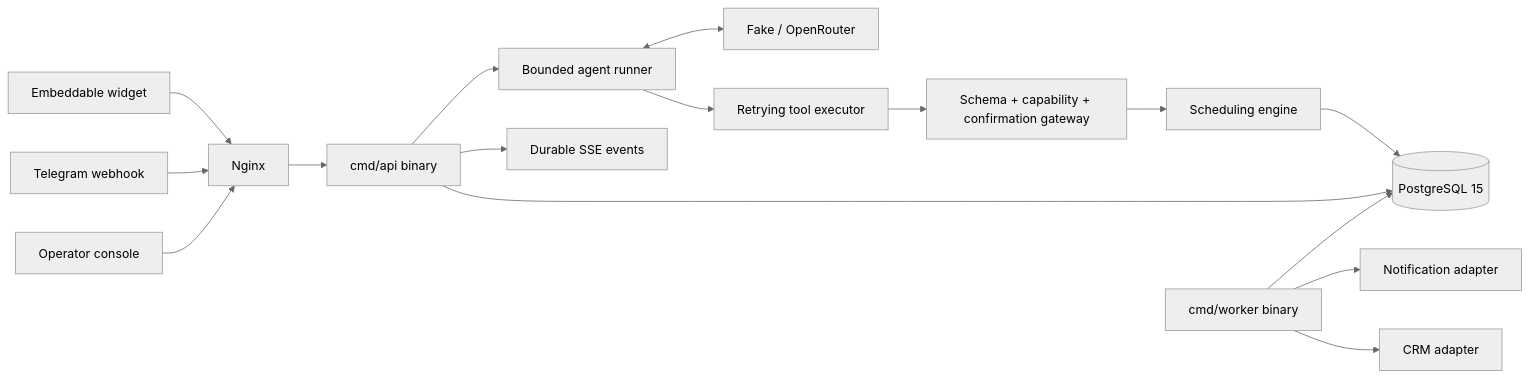
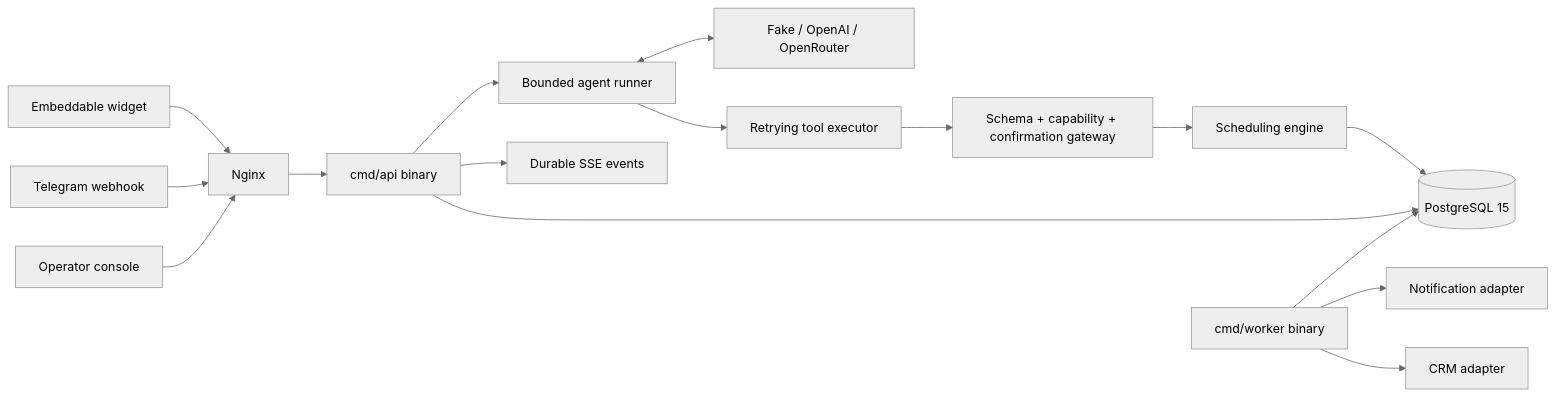
One commit to reinh2/Kontor changed the diagram in docs/architecture.md. Above: the diagram before and after it, drawn with Mermaid (neutral theme). The commit also changed other lines of this file and 27 other files, not shown here.

````diff
--- a/docs/architecture.md
+++ b/docs/architecture.md
@@ -7,18 +7,18 @@
 ```mermaid
 flowchart LR
     Widget["Embeddable widget"] --> Nginx
     Telegram["Telegram webhook"] --> Nginx
     Operator["Operator console"] --> Nginx
     Nginx --> API["cmd/api binary"]
     API --> Runner["Bounded agent runner"]
-    Runner <--> LLM["Fake / OpenRouter"]
+    Runner <--> LLM["Fake / OpenAI / OpenRouter"]
     Runner --> Executor["Retrying tool executor"]
     Executor --> Gateway["Schema + capability + confirmation gateway"]
     Gateway --> Scheduling["Scheduling engine"]
     Scheduling --> DB[(PostgreSQL 15)]
     API --> DB
     API --> SSE["Durable SSE events"]
     Worker["cmd/worker binary"] --> DB
     Worker --> Notifier["Notification adapter"]
     Worker --> CRM["CRM adapter"]
 ```
````
